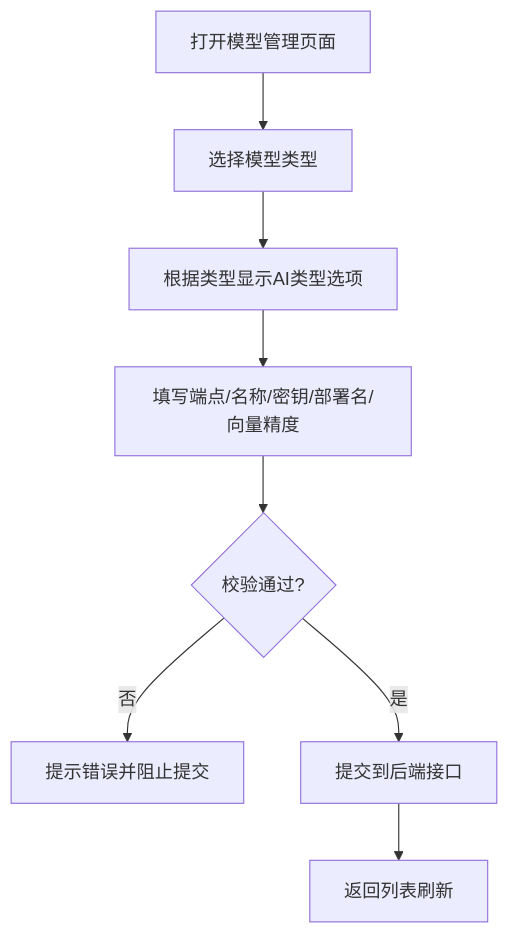
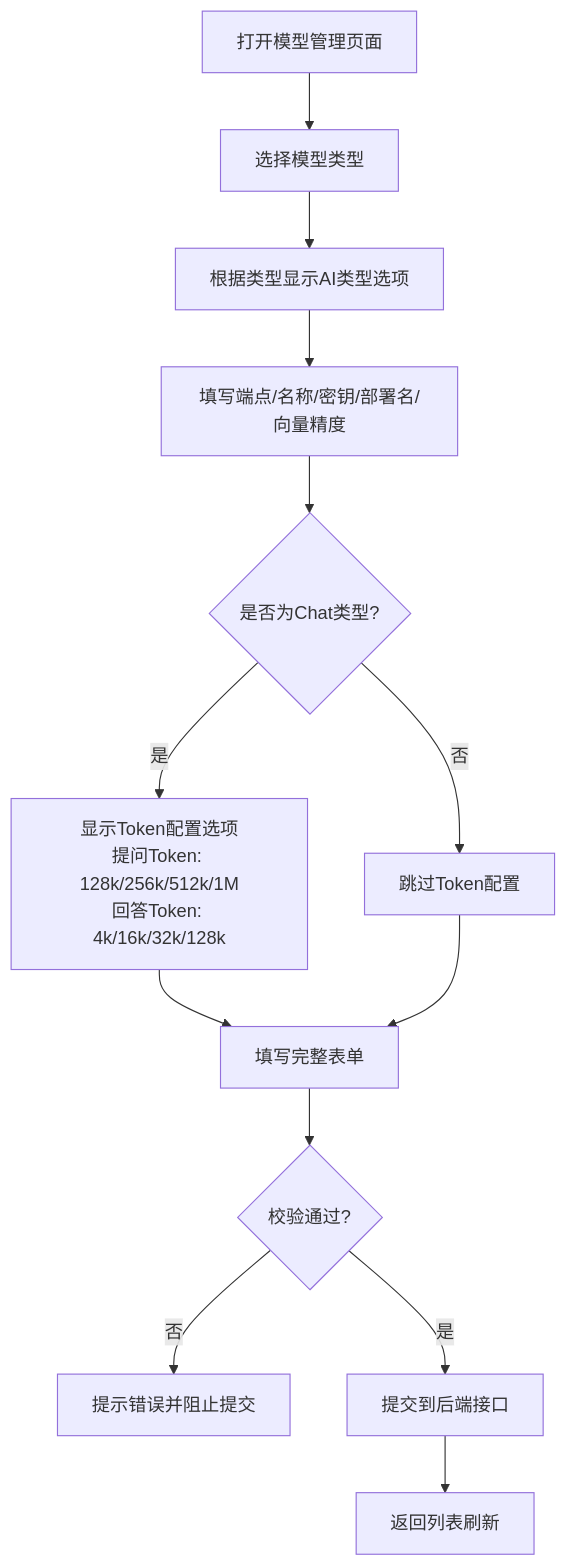
The sixth of 7 diagrams in .qoder/repowiki/zh/content/AI智能体/模型管理.md (junkai-li/NetCoreKevin), drawn with Mermaid before and after one commit. The commit also changed other lines of this file and 41 other files, not shown here.

````diff
--- a/.qoder/repowiki/zh/content/AI智能体/模型管理.md
+++ b/.qoder/repowiki/zh/content/AI智能体/模型管理.md
@@ -227,10 +248,15 @@
 ```mermaid
 flowchart TD
 A["打开模型管理页面"] --> B["选择模型类型"]
 B --> C["根据类型显示AI类型选项"]
 C --> D["填写端点/名称/密钥/部署名/向量精度"]
-D --> E{"校验通过?"}
-E --> |否| F["提示错误并阻止提交"]
-E --> |是| G["提交到后端接口"]
-G --> H["返回列表刷新"]
+D --> E{"是否为Chat类型?"}
+E --> |是| F["显示Token配置选项<br/>提问Token: 128k/256k/512k/1M<br/>回答Token: 4k/16k/32k/128k"]
+E --> |否| G["跳过Token配置"]
+F --> H["填写完整表单"]
+G --> H
+H --> I{"校验通过?"}
+I --> |否| J["提示错误并阻止提交"]
+I --> |是| K["提交到后端接口"]
+K --> L["返回列表刷新"]
 ```
````
